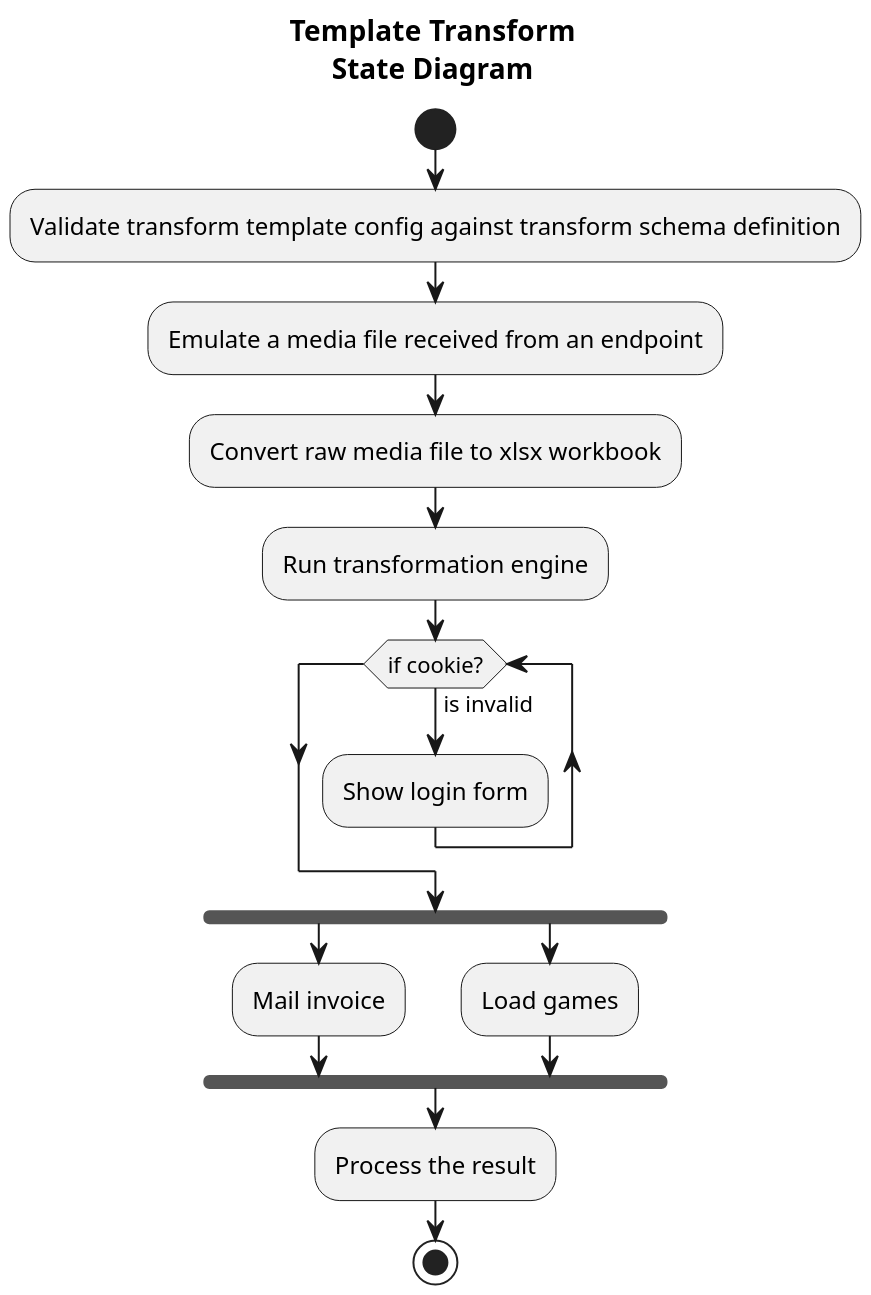
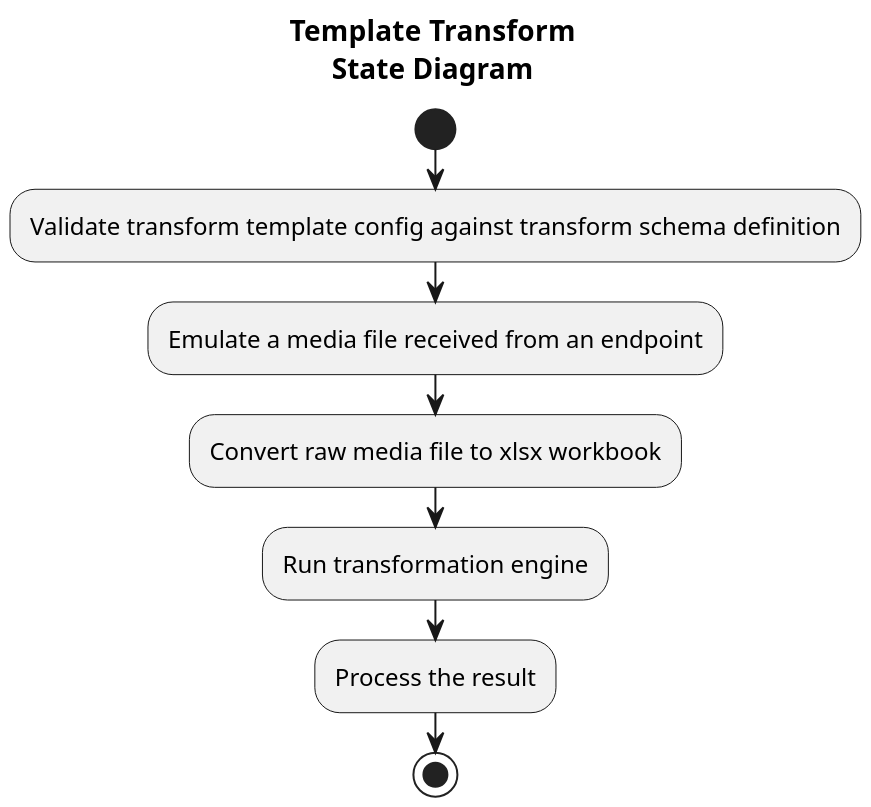
The diagram in utils/templates/observations/transform/transform_engine.wsd (bcgov/biohubbc-utils), drawn with PlantUML before and after one commit. The commit also changed 19 other files, not shown here.

```diff
--- a/utils/templates/observations/transform/transform_engine.wsd
+++ b/utils/templates/observations/transform/transform_engine.wsd
@@ -1,19 +1,19 @@
 @startuml
 title Template Transform\nState Diagram
 scale 2
 start
 :Validate transform template config against transform schema definition;
 :Emulate a media file received from an endpoint;
 :Convert raw media file to xlsx workbook;
 :Run transformation engine;
-while (if cookie?) is (is invalid)
-:Show login form;
-endwhile
-fork
-:Mail invoice;
-fork again
-:Load games;
-end fork
+' while (if cookie?) is (is invalid)
+' :Show login form;
+' endwhile
+' fork
+' :Mail invoice;
+' fork again
+' :Load games;
+' end fork
 :Process the result;
 stop
 @enduml
```
